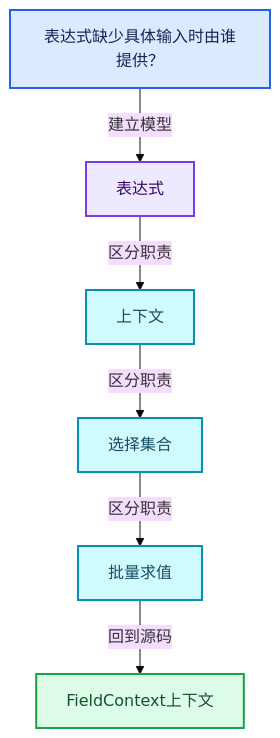
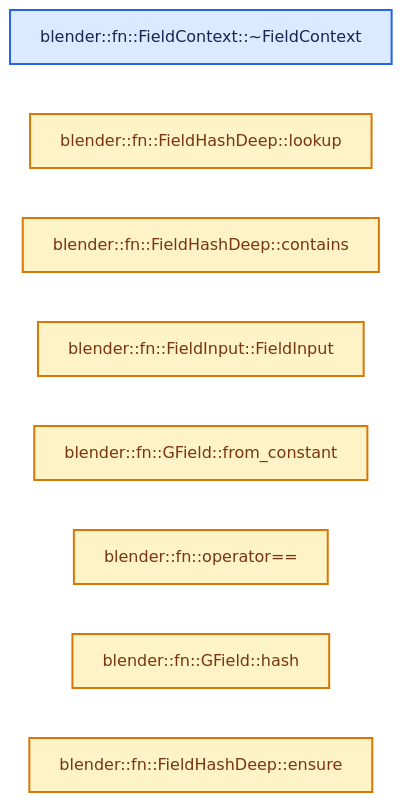
One commit to yunkezengren/blender-.vscode changed the second of 4 diagrams in 杂/markdown/全面学习-codex/08-Field表达式与求值/06-FieldContext上下文.md. Above: the diagram before and after it, drawn with Mermaid (base theme). The commit also changed other lines of this file and 1930 other files, not shown here.

````diff
--- a/杂/markdown/全面学习-codex/08-Field表达式与求值/06-FieldContext上下文.md
+++ b/杂/markdown/全面学习-codex/08-Field表达式与求值/06-FieldContext上下文.md
@@ -61,20 +46,17 @@
 ```mermaid
-flowchart TB
-  Q["表达式缺少具体输入时由谁提供？"]:::input
-  C0["表达式"]:::abstraction
-  C1["上下文"]:::data
-  C2["选择集合"]:::data
-  C3["批量求值"]:::data
-  R["FieldContext上下文"]:::result
-  Q -->|"建立模型"| C0
-  C0 -->|"区分职责"| C1
-  C1 -->|"区分职责"| C2
-  C2 -->|"区分职责"| C3
-  C3 -->|"回到源码"| R
+flowchart LR
+  F0["blender::fn::FieldContext::~FieldContext"]:::input
+  F1["blender::fn::FieldHashDeep::lookup"]:::compute
+  F2["blender::fn::FieldHashDeep::contains"]:::compute
+  F3["blender::fn::FieldInput::FieldInput"]:::compute
+  F4["blender::fn::GField::from_constant"]:::compute
+  F5["blender::fn::operator=="]:::compute
+  F6["blender::fn::GField::hash"]:::compute
+  F7["blender::fn::FieldHashDeep::ensure"]:::compute
   classDef input fill:#DBEAFE,stroke:#2563EB,color:#172554,stroke-width:2px;
   classDef data fill:#CFFAFE,stroke:#0891B2,color:#164E63,stroke-width:2px;
   classDef abstraction fill:#EDE9FE,stroke:#7C3AED,color:#3B0764,stroke-width:2px;
   classDef compute fill:#FEF3C7,stroke:#D97706,color:#78350F,stroke-width:2px;
   classDef result fill:#DCFCE7,stroke:#16A34A,color:#14532D,stroke-width:2px;
   classDef error fill:#FEE2E2,stroke:#DC2626,color:#7F1D1D,stroke-width:2px;
 ```
````
